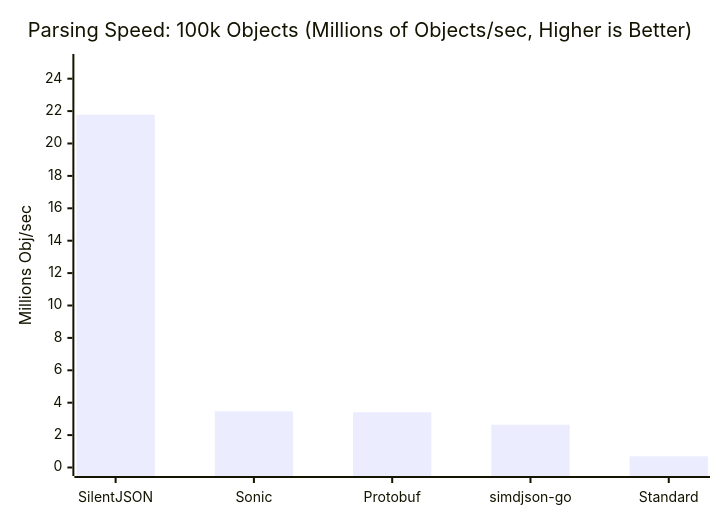
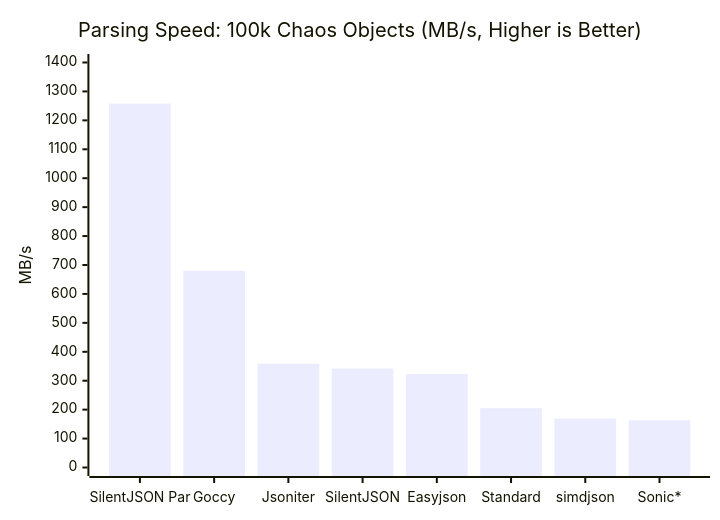
Before and after one commit to GenshIv/silentjson: the first of 5 diagrams in README.md, drawn with Mermaid. The commit also changed other lines of this file and 5 other files, not shown here.

````diff
--- a/README.md
+++ b/README.md
@@ -69,7 +83,7 @@
 ```mermaid
 xychart-beta
-    title "Parsing Speed: 100k Objects (Millions of Objects/sec, Higher is Better)"
-    x-axis ["SilentJSON", "Sonic", "Protobuf", "simdjson-go", "Standard"]
-    y-axis "Millions Obj/sec" 0 --> 25
-    bar [21.78, 3.47, 3.41, 2.64, 0.69]
+    title "Parsing Speed: 100k Chaos Objects (MB/s, Higher is Better)"
+    x-axis ["SilentJSON Par", "Goccy", "Jsoniter", "SilentJSON", "Easyjson", "Standard", "simdjson", "Sonic*"]
+    y-axis "MB/s" 0 --> 1400
+    bar [1258, 680, 359, 342, 323, 205, 169, 163]
 ```
````
